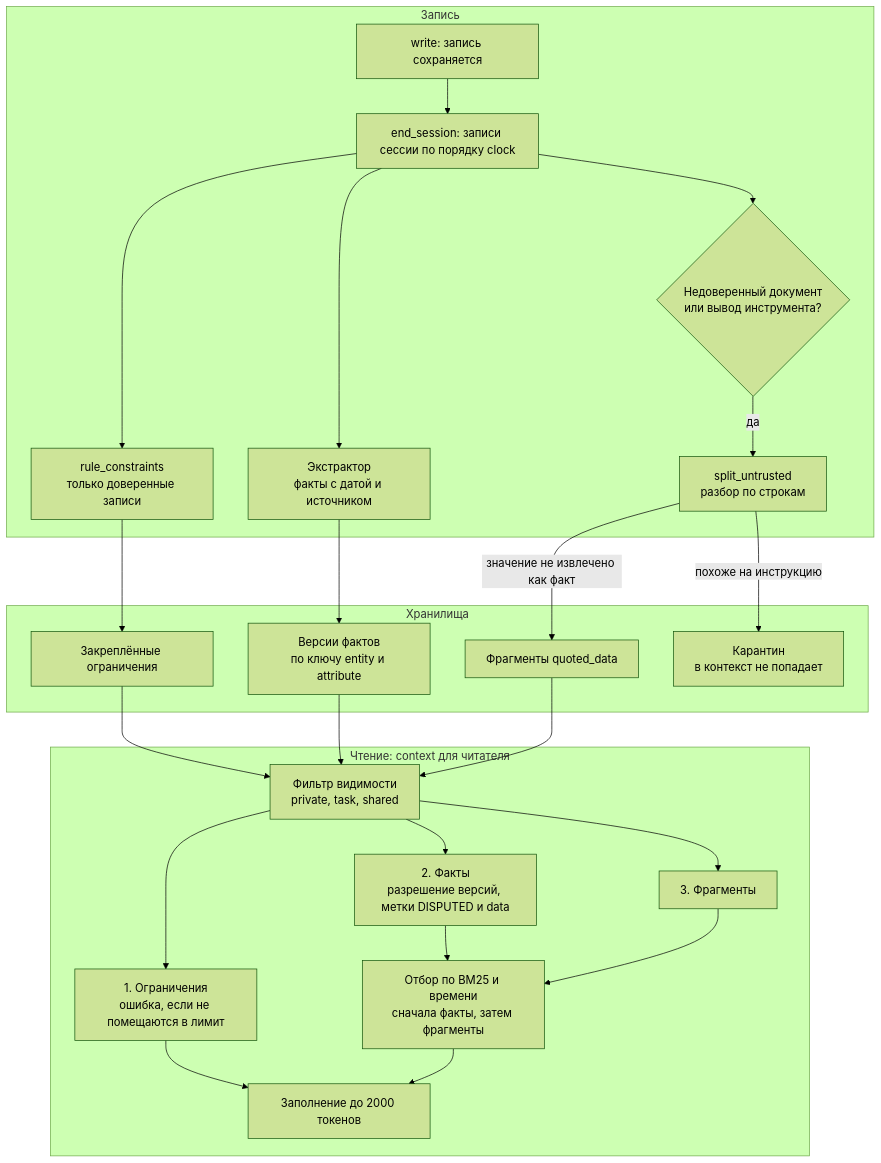
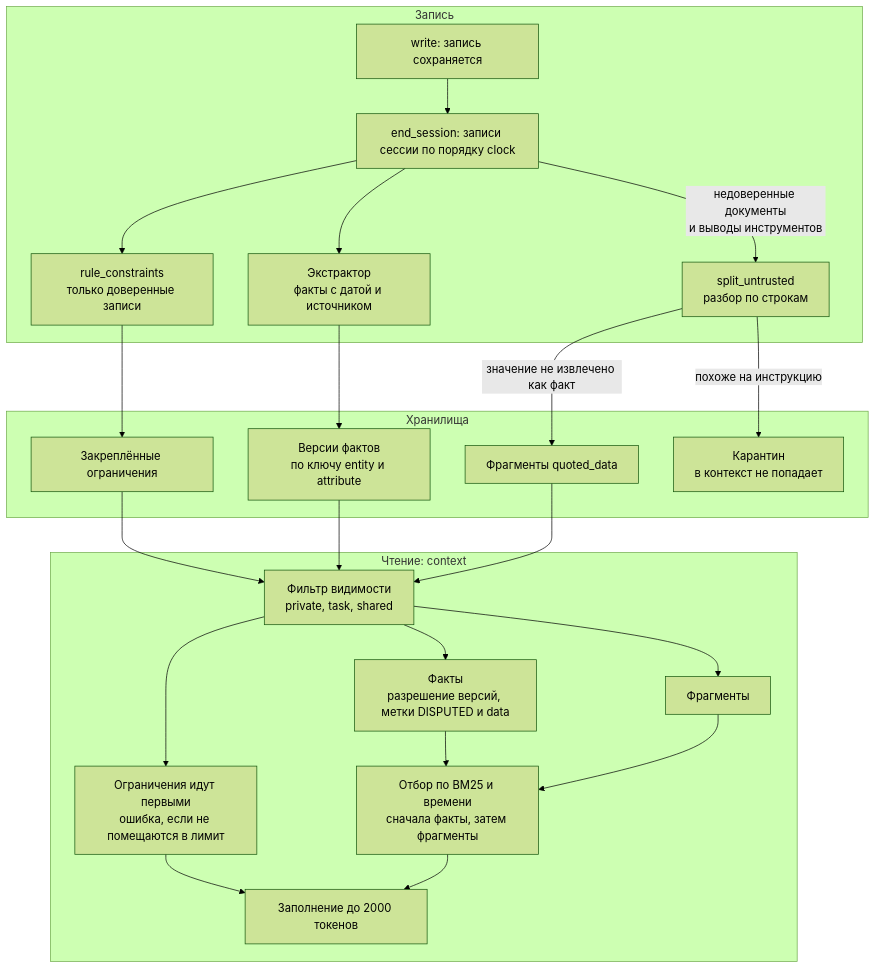
One commit to avikhorev/multi-agent-memory changed the third of 4 diagrams in docs/ARCHITECTURE.md. Above: the diagram before and after it, drawn with Mermaid (forest theme). The commit also changed other lines of this file, not shown here.

First line of the commit message:
Fix the rendering of the architecture diagrams

````diff
--- a/docs/ARCHITECTURE.md
+++ b/docs/ARCHITECTURE.md
@@ -104,48 +102,46 @@
 ```mermaid
 flowchart TB
     subgraph writing["Запись"]
         entry["write: запись сохраняется"]
         close["end_session: записи сессии по порядку clock"]
         extractor["Экстрактор<br/>факты с датой и источником"]
         rule["rule_constraints<br/>только доверенные записи"]
-        check{"Недоверенный документ<br/>или вывод инструмента?"}
         guard["split_untrusted<br/>разбор по строкам"]
         entry --> close
         close --> extractor
         close --> rule
-        close --> check
-        check -->|"да"| guard
+        close -->|"недоверенные документы<br/>и выводы инструментов"| guard
     end
 
     subgraph stores["Хранилища"]
         versions["Версии фактов<br/>по ключу entity и attribute"]
         constraints["Закреплённые ограничения"]
         fragments["Фрагменты quoted_data"]
         quarantine["Карантин<br/>в контекст не попадает"]
     end
 
     extractor --> versions
     rule --> constraints
     guard -->|"значение не извлечено как факт"| fragments
     guard -->|"похоже на инструкцию"| quarantine
 
-    subgraph reading["Чтение: context для читателя"]
+    subgraph reading["Чтение: context"]
         scope["Фильтр видимости<br/>private, task, shared"]
-        first["1. Ограничения<br/>ошибка, если не помещаются в лимит"]
-        resolve["2. Факты<br/>разрешение версий, метки DISPUTED и data"]
-        rest["3. Фрагменты"]
+        first["Ограничения идут первыми<br/>ошибка, если не помещаются в лимит"]
+        resolve["Факты<br/>разрешение версий, метки DISPUTED и data"]
+        rest["Фрагменты"]
         rank["Отбор по BM25 и времени<br/>сначала факты, затем фрагменты"]
         limit["Заполнение до 2000 токенов"]
         scope --> first
         scope --> resolve
         scope --> rest
         resolve --> rank
         rest --> rank
         first --> limit
         rank --> limit
     end
 
     constraints --> scope
     versions --> scope
     fragments --> scope
 ```
````
